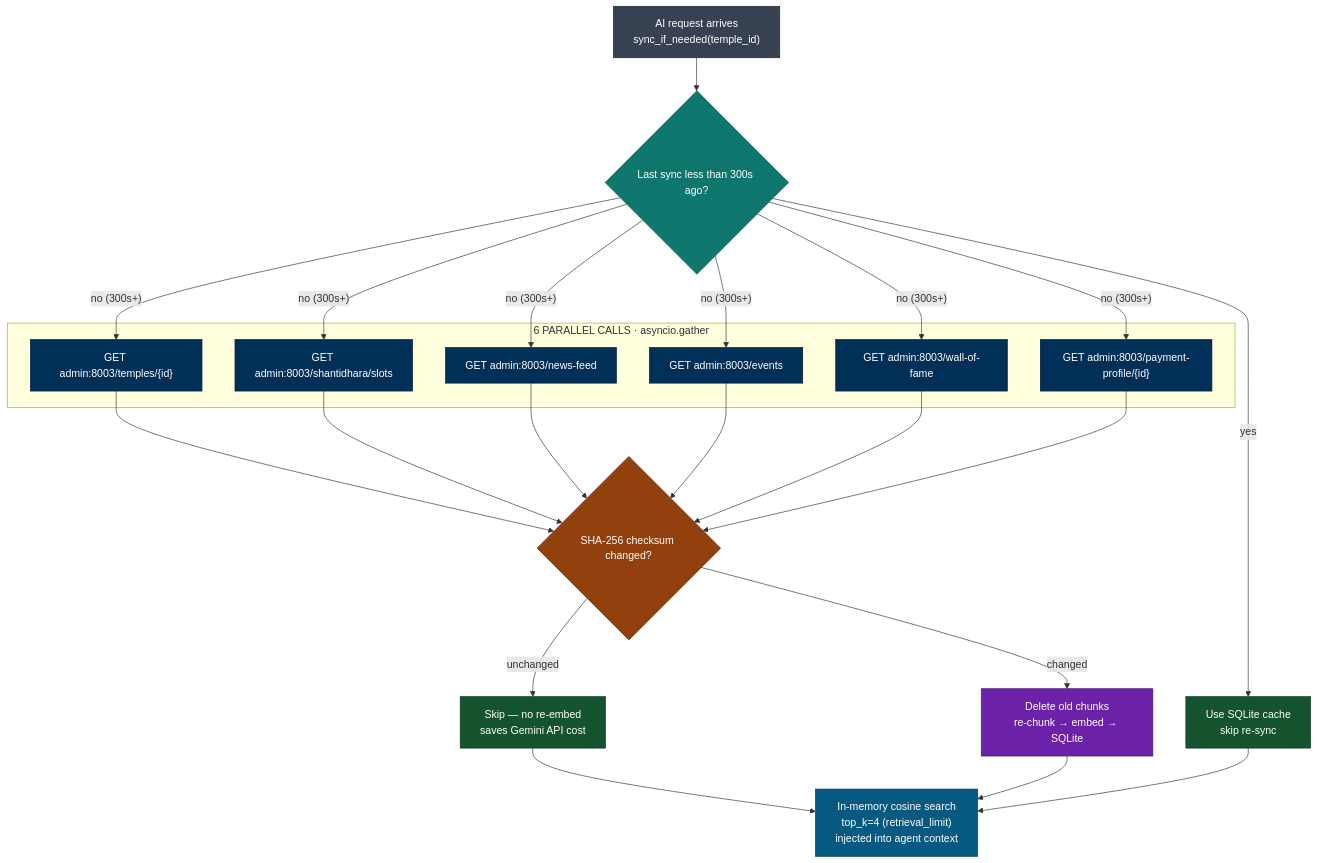
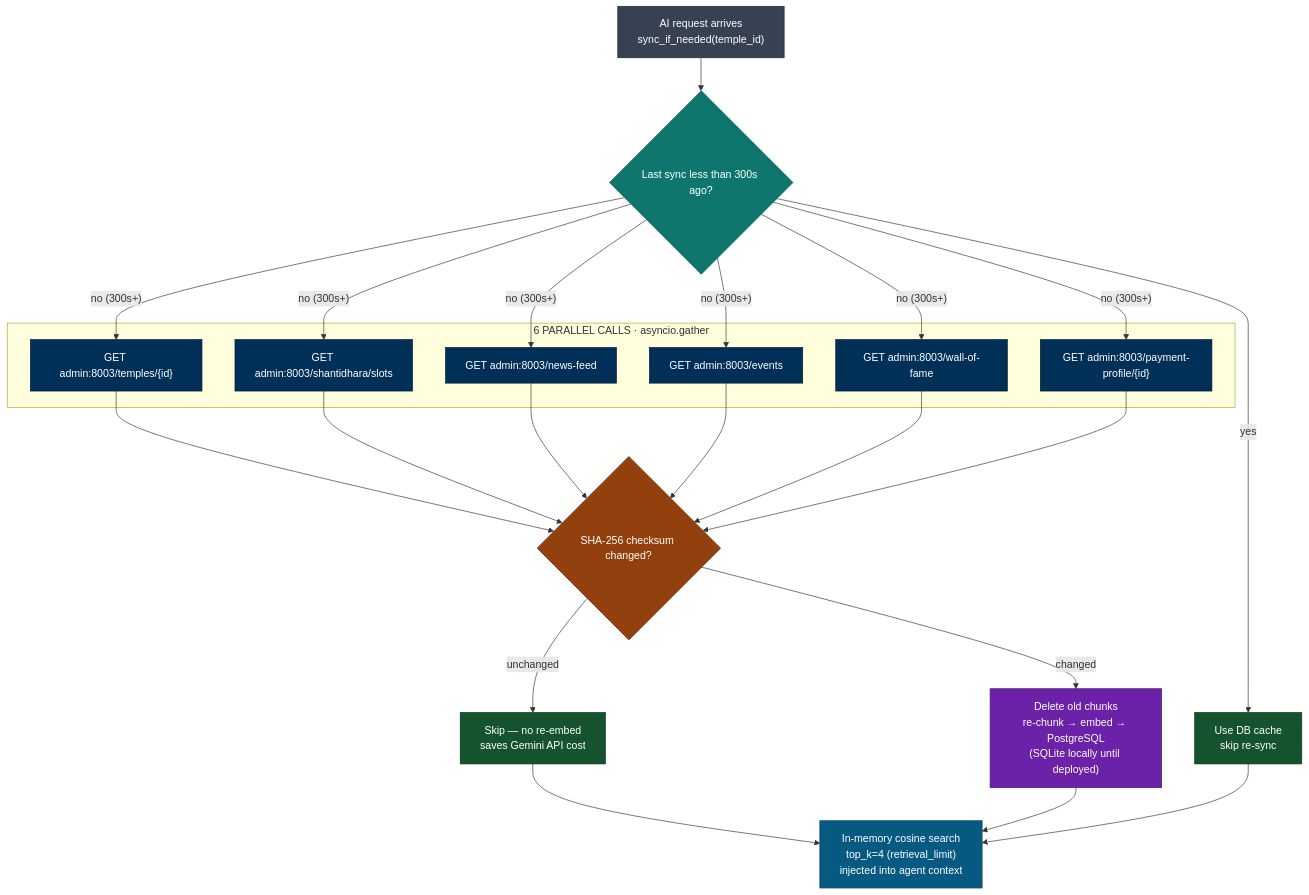
One commit to apoorv2009/interview-vault changed the ninth of 11 diagrams in aagam-mitra/ARCHITECTURE_DIAGRAMS.md. Above: the diagram before and after it, drawn with Mermaid. The commit also changed other lines of this file and 2 other files, not shown here.

Commit message:
docs(aagam-mitra): clarify SQLite is dev-only, PostgreSQL is production target
SQLite is used locally for zero-setup development. PostgreSQL is the
production target — migration script already exists in the codebase,
switching is one env var change (DATABASE_URL=postgresql://...).
Updated 01-RAG, 04-Security, and ARCHITECTURE_DIAGRAMS accordingly.

````diff
--- a/aagam-mitra/ARCHITECTURE_DIAGRAMS.md
+++ b/aagam-mitra/ARCHITECTURE_DIAGRAMS.md
@@ -378,48 +378,48 @@
 ```mermaid
 flowchart TD
     Req["AI request arrives<br/>sync_if_needed(temple_id)"]
 
     TTL{"Last sync less than 300s ago?"}
-    Cache["Use SQLite cache<br/>skip re-sync"]
+    Cache["Use DB cache<br/>skip re-sync"]
 
     subgraph PAR["6 PARALLEL CALLS · asyncio.gather"]
         P1["GET admin:8003/temples/{id}"]
         P2["GET admin:8003/shantidhara/slots"]
         P3["GET admin:8003/news-feed"]
         P4["GET admin:8003/events"]
         P5["GET admin:8003/wall-of-fame"]
         P6["GET admin:8003/payment-profile/{id}"]
     end
 
     Dedup{"SHA-256 checksum changed?"}
     Skip["Skip — no re-embed<br/>saves Gemini API cost"]
-    ReEmbed["Delete old chunks<br/>re-chunk → embed → SQLite"]
+    ReEmbed["Delete old chunks<br/>re-chunk → embed → PostgreSQL<br/>(SQLite locally until deployed)"]
 
     Search["In-memory cosine search<br/>top_k=4 (retrieval_limit)<br/>injected into agent context"]
 
     Req --> TTL
     TTL -- "yes" --> Cache
     TTL -- "no (300s+)" --> P1 & P2 & P3 & P4 & P5 & P6
     P1 & P2 & P3 & P4 & P5 & P6 --> Dedup
     Dedup -- "unchanged" --> Skip
     Dedup -- "changed" --> ReEmbed
     Skip --> Search
     ReEmbed --> Search
     Cache --> Search
 
     classDef req fill:#374151,color:#fff,stroke:#1F2937
     classDef ttl fill:#0F766E,color:#fff,stroke:#0B5A54
     classDef cached fill:#14532D,color:#fff,stroke:#0A3A1E
     classDef parallel fill:#003057,color:#fff,stroke:#001933
     classDef dedup fill:#92400E,color:#fff,stroke:#5C2800
     classDef embed fill:#6B21A8,color:#fff,stroke:#4A1570
     classDef result fill:#065A82,color:#fff,stroke:#044268
 
     class Req req
     class TTL ttl
     class Cache,Skip cached
     class P1,P2,P3,P4,P5,P6 parallel
     class Dedup dedup
     class ReEmbed embed
     class Search result
 ```
````
